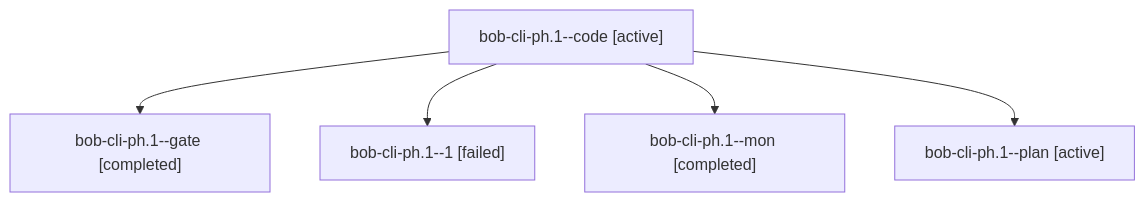
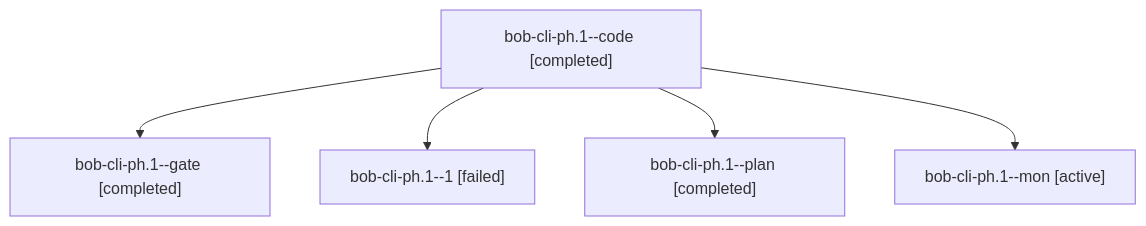
Before and after one commit to bobs-org/bob-cli--agents: the diagram in sessions/bbugyi200.apollo.bob-cli-ph.1.md, drawn with Mermaid. The commit also changed other lines of this file and 26 other files, not shown here.

````diff
--- a/sessions/bbugyi200.apollo.bob-cli-ph.1.md
+++ b/sessions/bbugyi200.apollo.bob-cli-ph.1.md
@@ -9,12 +9,12 @@
 ```mermaid
 flowchart TD
-  n0["bob-cli-ph.1--code [active]"]
+  n0["bob-cli-ph.1--code [completed]"]
   n1["bob-cli-ph.1--gate [completed]"]
   n0 --> n1
   n2["bob-cli-ph.1--1 [failed]"]
   n0 --> n2
-  n3["bob-cli-ph.1--mon [completed]"]
+  n3["bob-cli-ph.1--plan [completed]"]
   n0 --> n3
-  n4["bob-cli-ph.1--plan [active]"]
+  n4["bob-cli-ph.1--mon [active]"]
   n0 --> n4
 ```
````
